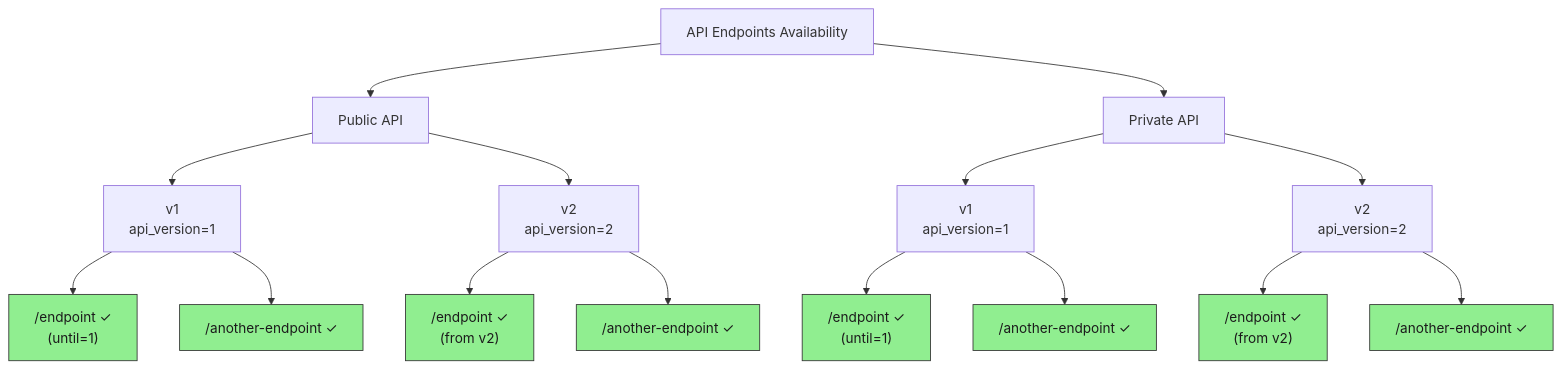
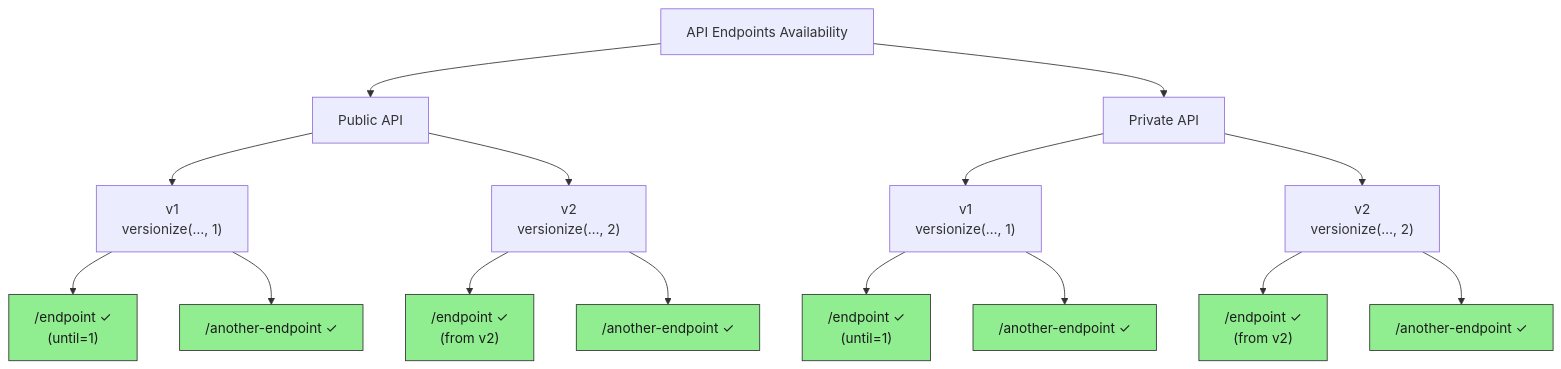
The diagram in docs/ru/examples/multiple.md (feodor-ra/fastapi-easy-versioning), drawn with Mermaid before and after one commit. The commit also changed other lines of this file and 21 other files, not shown here.

````diff
--- a/docs/ru/examples/multiple.md
+++ b/docs/ru/examples/multiple.md
@@ -100,25 +101,25 @@
 ```mermaid
 graph TD
     A[API Endpoints Availability] --> B[Public API]
     A --> C[Private API]
 
-    B --> B1[v1<br/>api_version=1]
-    B --> B2[v2<br/>api_version=2]
+    B --> B1["v1<br/>versionize(…, 1)"]
+    B --> B2["v2<br/>versionize(…, 2)"]
 
-    C --> C1[v1<br/>api_version=1]
-    C --> C2[v2<br/>api_version=2]
+    C --> C1["v1<br/>versionize(…, 1)"]
+    C --> C2["v2<br/>versionize(…, 2)"]
 
     B1 --> B11["/endpoint ✓<br/>(until=1)"]:::available
     B1 --> B12["/another-endpoint ✓"]:::available
 
     B2 --> B21["/endpoint ✓<br/>(from v2)"]:::available
     B2 --> B22["/another-endpoint ✓"]:::available
 
     C1 --> C11["/endpoint ✓<br/>(until=1)"]:::available
     C1 --> C12["/another-endpoint ✓"]:::available
 
     C2 --> C21["/endpoint ✓<br/>(from v2)"]:::available
     C2 --> C22["/another-endpoint ✓"]:::available
 
     classDef available fill:#90EE90,stroke:#333,color:#1b1b1b
 ```
````
